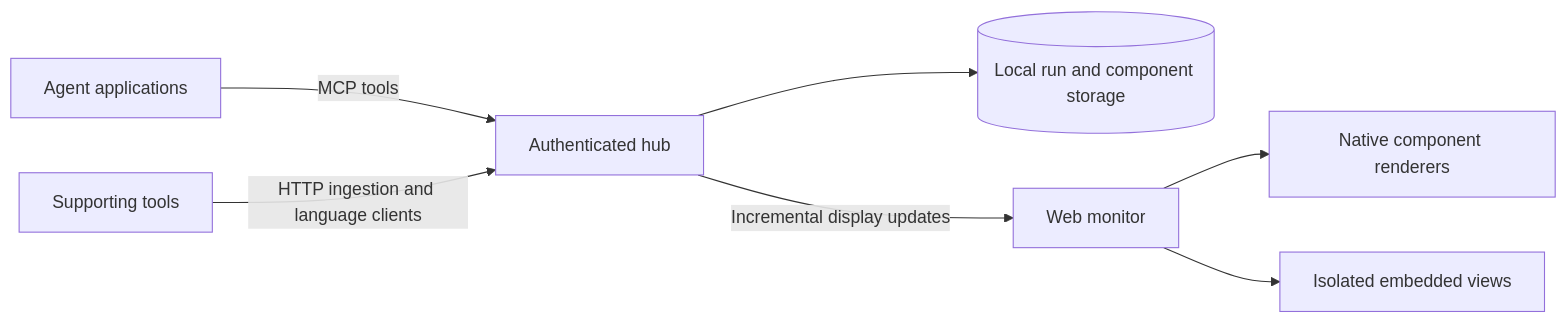
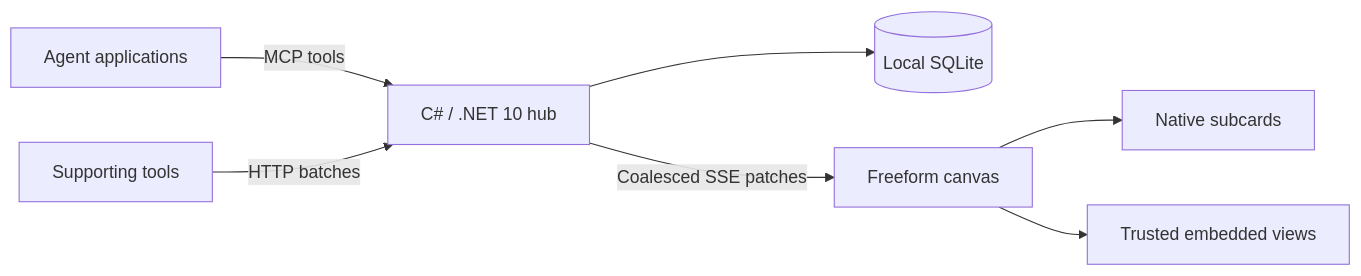
One commit to Ryd-rb/AgenticView changed the diagram in docs/design.md. Above: the diagram before and after it, drawn with Mermaid. The commit also changed other lines of this file and 47 other files, not shown here.

Commit message:
Implement the .NET 10 MCP hub and agent canvas

````diff
--- a/docs/design.md
+++ b/docs/design.md
@@ -26,9 +32,9 @@
 ```mermaid
 flowchart LR
-    A[Agent applications] -->|MCP tools| H[Authenticated hub]
-    T[Supporting tools] -->|HTTP ingestion and language clients| H
-    H --> S[(Local run and component storage)]
-    H -->|Incremental display updates| W[Web monitor]
-    W --> N[Native component renderers]
-    W --> E[Isolated embedded views]
+    A[Agent applications] -->|MCP tools| H[C# / .NET 10 hub]
+    T[Supporting tools] -->|HTTP batches| H
+    H --> S[(Local SQLite)]
+    H -->|Coalesced SSE patches| W[Freeform canvas]
+    W --> N[Native subcards]
+    W --> E[Trusted embedded views]
 ```
````
